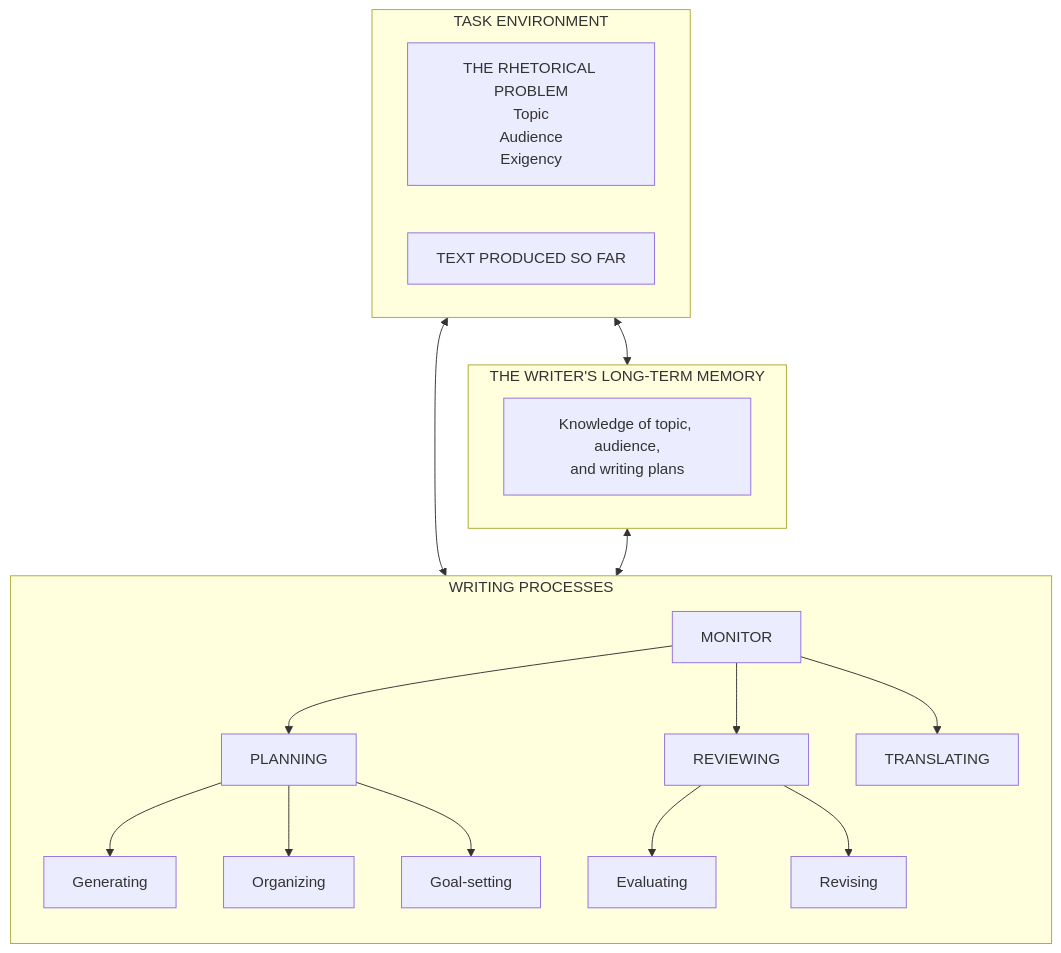
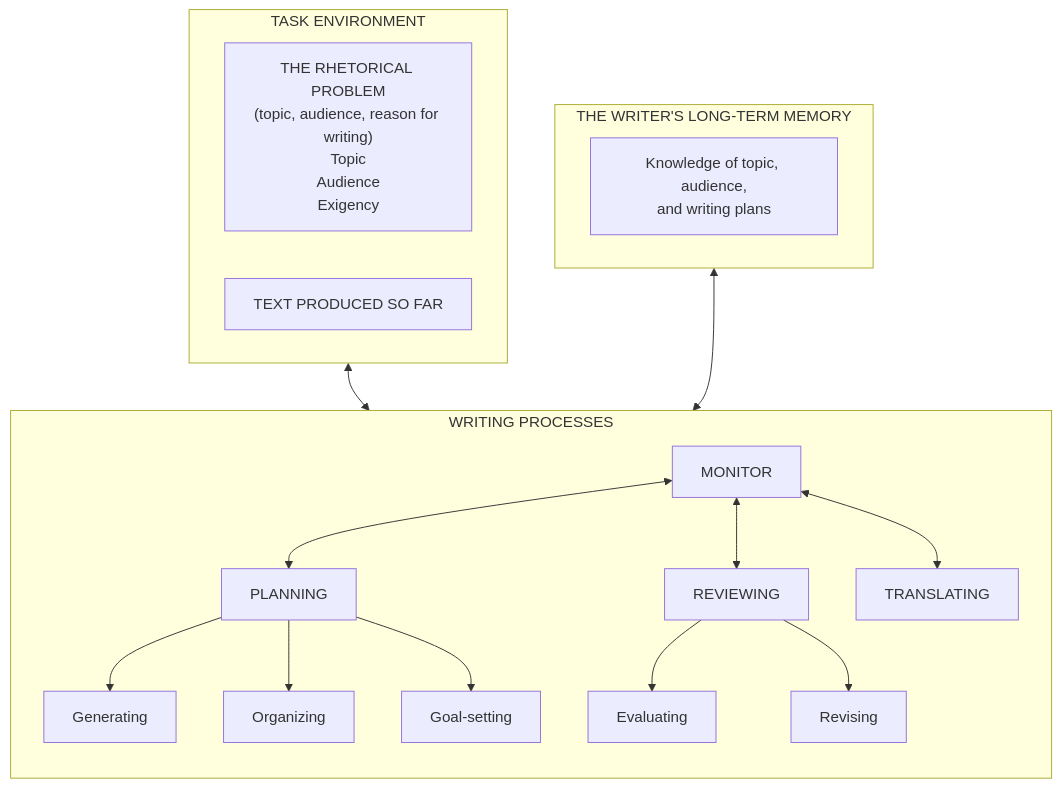
One commit to shunk031/agentic-cognitive-writing changed the diagram in README.md. Above: the diagram before and after it, drawn with Mermaid. The commit also changed other lines of this file and 1 other file, not shown here.

Commit message:
docs: clarify README architecture and installation

````diff
--- a/README.md
+++ b/README.md
@@ -15,37 +15,36 @@
 ```mermaid
 flowchart TB
     subgraph task["TASK ENVIRONMENT"]
-        problem["THE RHETORICAL PROBLEM<br/>Topic<br/>Audience<br/>Exigency"]
+        problem["THE RHETORICAL PROBLEM<br/>(topic, audience, reason for writing)<br/>Topic<br/>Audience<br/>Exigency"]
         text["TEXT PRODUCED SO FAR"]
     end
 
     subgraph memory["THE WRITER'S LONG-TERM MEMORY"]
         knowledge["Knowledge of topic, audience,<br/>and writing plans"]
     end
 
     subgraph processes["WRITING PROCESSES"]
         direction TB
         planning["PLANNING"]
         generating["Generating"]
         organizing["Organizing"]
         goalsetting["Goal-setting"]
         translating["TRANSLATING"]
         reviewing["REVIEWING"]
         evaluating["Evaluating"]
         revising["Revising"]
         monitor["MONITOR"]
 
         planning --> generating
         planning --> organizing
         planning --> goalsetting
         reviewing --> evaluating
         reviewing --> revising
-        monitor --> planning
-        monitor --> translating
-        monitor --> reviewing
+        monitor <--> planning
+        monitor <--> translating
+        monitor <--> reviewing
     end
 
-    task <--> memory
     task <--> processes
     memory <--> processes
 ```
````
